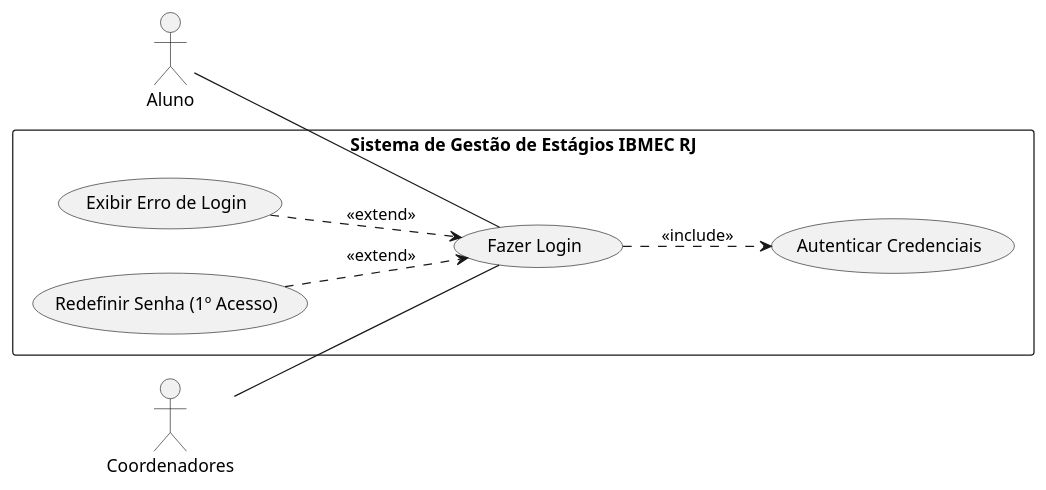
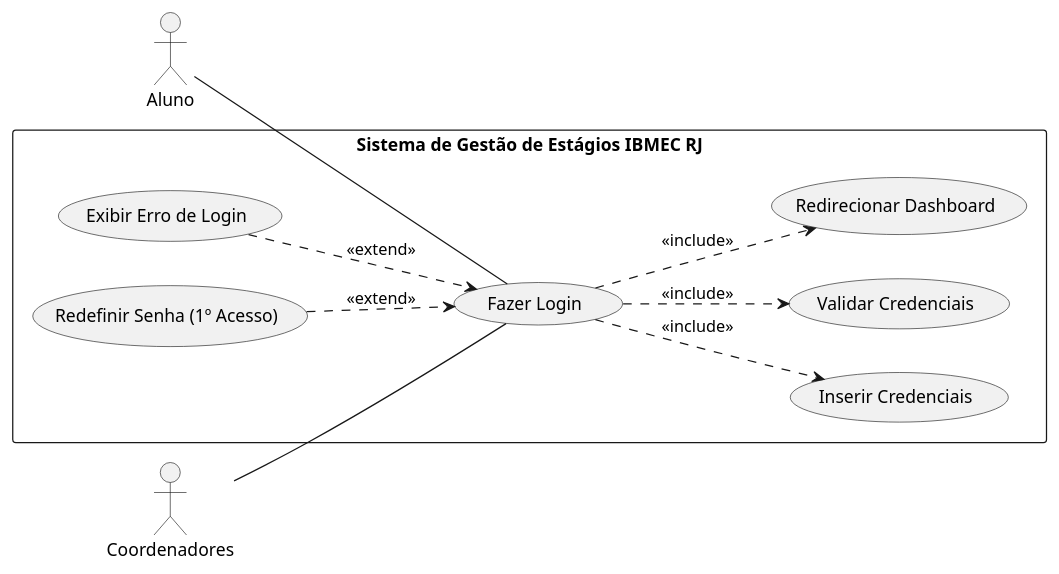
Before and after one commit to Projetos-de-Extensao/PBE_26.1_8002_I: the first of 10 diagrams in docs/Elaboracao/casos_de_uso.md, drawn with PlantUML. The commit also changed other lines of this file, not shown here.

````diff
--- a/docs/Elaboracao/casos_de_uso.md
+++ b/docs/Elaboracao/casos_de_uso.md
@@ -44,24 +44,31 @@
 ```puml
 @startuml
 left to right direction
 
 actor Aluno
 actor Coordenadores
 
 rectangle "Sistema de Gestão de Estágios IBMEC RJ" {
+
   usecase "Fazer Login" as UC1
-  usecase "Autenticar Credenciais" as UC2
-  usecase "Exibir Erro de Login" as UC3
-  usecase "Redefinir Senha (1º Acesso)" as UC4
+  usecase "Inserir Credenciais" as UC2
+  usecase "Validar Credenciais" as UC3
+  usecase "Redirecionar Dashboard" as UC4
+  usecase "Exibir Erro de Login" as UC5
+  usecase "Redefinir Senha (1º Acesso)" as UC6
+
 }
 
 Aluno -- UC1
 Coordenadores -- UC1
 
 UC1 ..> UC2 : <<include>>
-UC3 ..> UC1 : <<extend>>
-UC4 ..> UC1 : <<extend>>
+UC1 ..> UC3 : <<include>>
+UC1 ..> UC4 : <<include>>
+
+UC5 ..> UC1 : <<extend>>
+UC6 ..> UC1 : <<extend>>
 
 @enduml
 
 ```
````
